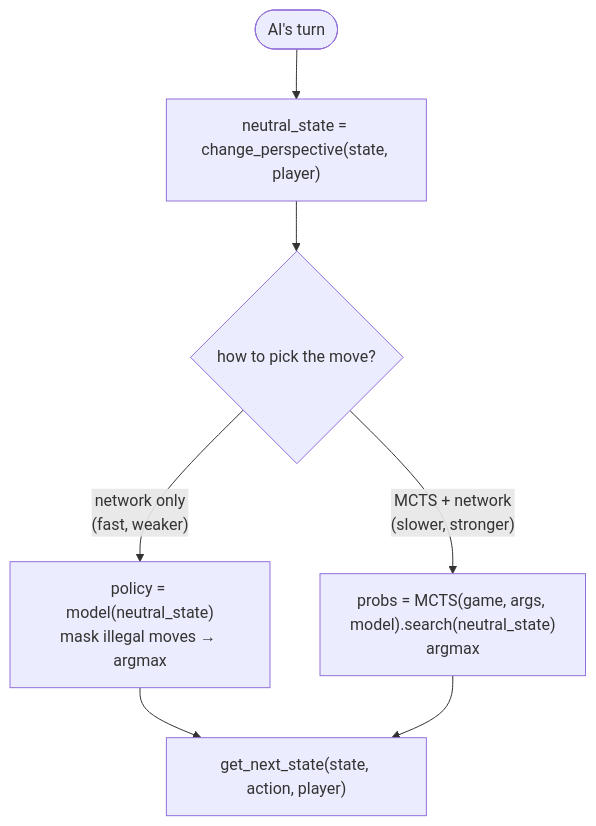
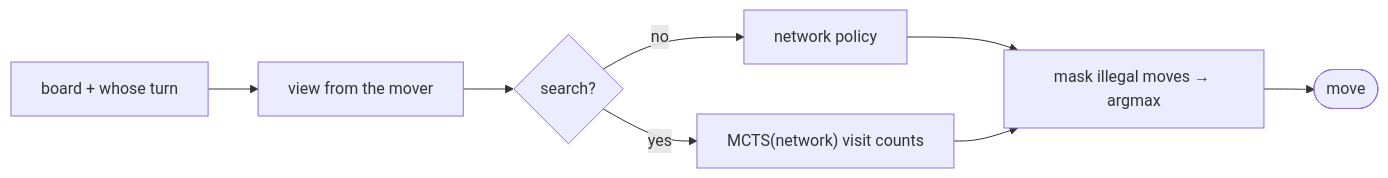
One commit to Sanchit1248/AlphaZero changed the fifth of 5 diagrams in FLOWCHART.md. Above: the diagram before and after it, drawn with Mermaid. The commit also changed other lines of this file and 1 other file, not shown here.

First line of the commit message:
Update README and flowcharts to match the current project

````diff
--- a/FLOWCHART.md
+++ b/FLOWCHART.md
@@ -144,9 +75,10 @@
 ```mermaid
-flowchart TD
-    P(["AI's turn"]) --> N["neutral_state = change_perspective(state, player)"]
-    N --> Choice{"how to pick the move?"}
-    Choice -- "network only<br/>(fast, weaker)" --> A["policy = model(neutral_state)<br/>mask illegal moves → argmax"]
-    Choice -- "MCTS + network<br/>(slower, stronger)" --> B["probs = MCTS(game, args, model).search(neutral_state)<br/>argmax"]
-    A --> Play["get_next_state(state, action, player)"]
-    B --> Play
+flowchart LR
+    Obs["board + whose turn"] --> Persp["view from the mover"]
+    Persp --> Q{"search?"}
+    Q -- no --> P["network policy"]
+    Q -- yes --> M["MCTS(network) visit counts"]
+    P --> Mask["mask illegal moves → argmax"]
+    M --> Mask
+    Mask --> Move(["move"])
 ```
````
